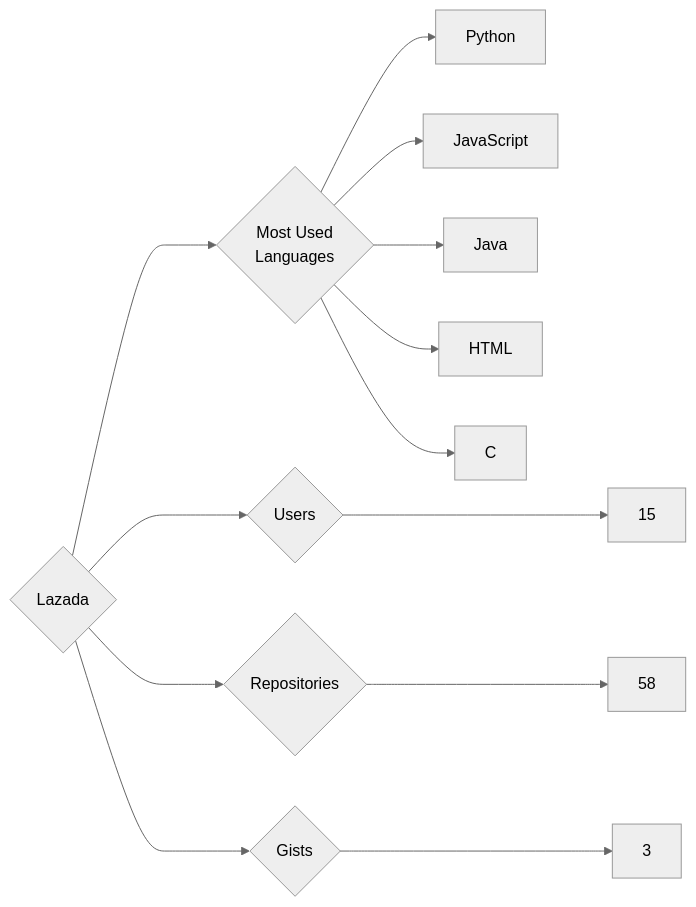
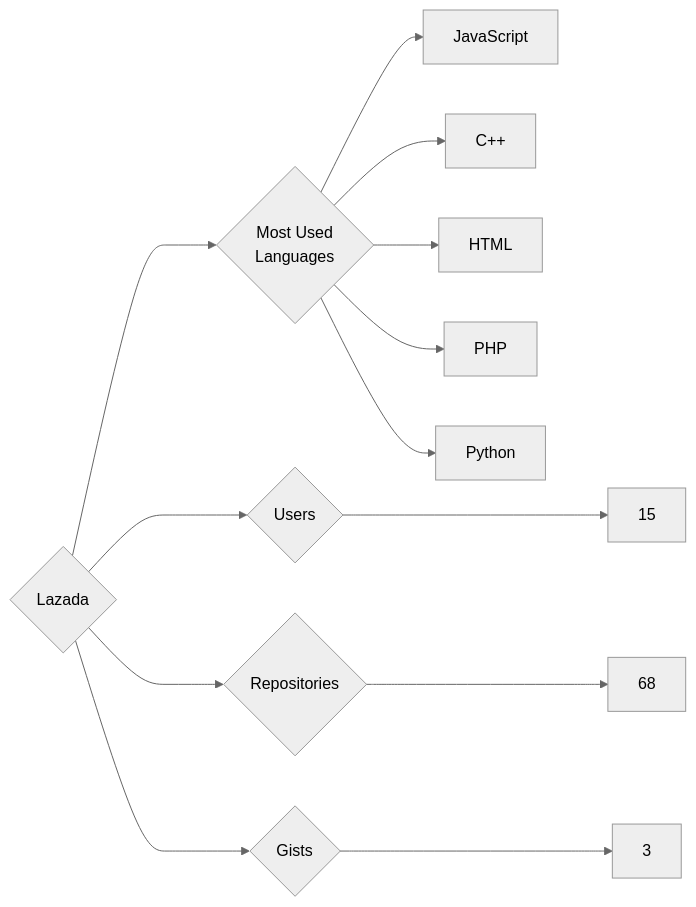
Before and after one commit to trickest/insiders: the diagram in targets/Lazada/README.md, drawn with Mermaid (neutral theme). The commit also changed 1084 other files, not shown here.

````diff
--- a/targets/Lazada/README.md
+++ b/targets/Lazada/README.md
@@ -3,13 +3,13 @@
 ```mermaid
 graph LR
 COMPANY_NAME{Lazada}
 COMPANY_NAME ---> U{Users} ---> UN[15]
-COMPANY_NAME ---> R{Repositories} ---> RN[58]
+COMPANY_NAME ---> R{Repositories} ---> RN[68]
 COMPANY_NAME ---> G{Gists} ---> GN[3]
 COMPANY_NAME ---> ML{Most Used<br>Languages}
+ML --> JavaScript[JavaScript]
+ML --> C++[C++]
+ML --> HTML[HTML]
+ML --> PHP[PHP]
 ML --> Python[Python]
-ML --> JavaScript[JavaScript]
-ML --> Java[Java]
-ML --> HTML[HTML]
-ML --> C[C]
 ```
````
